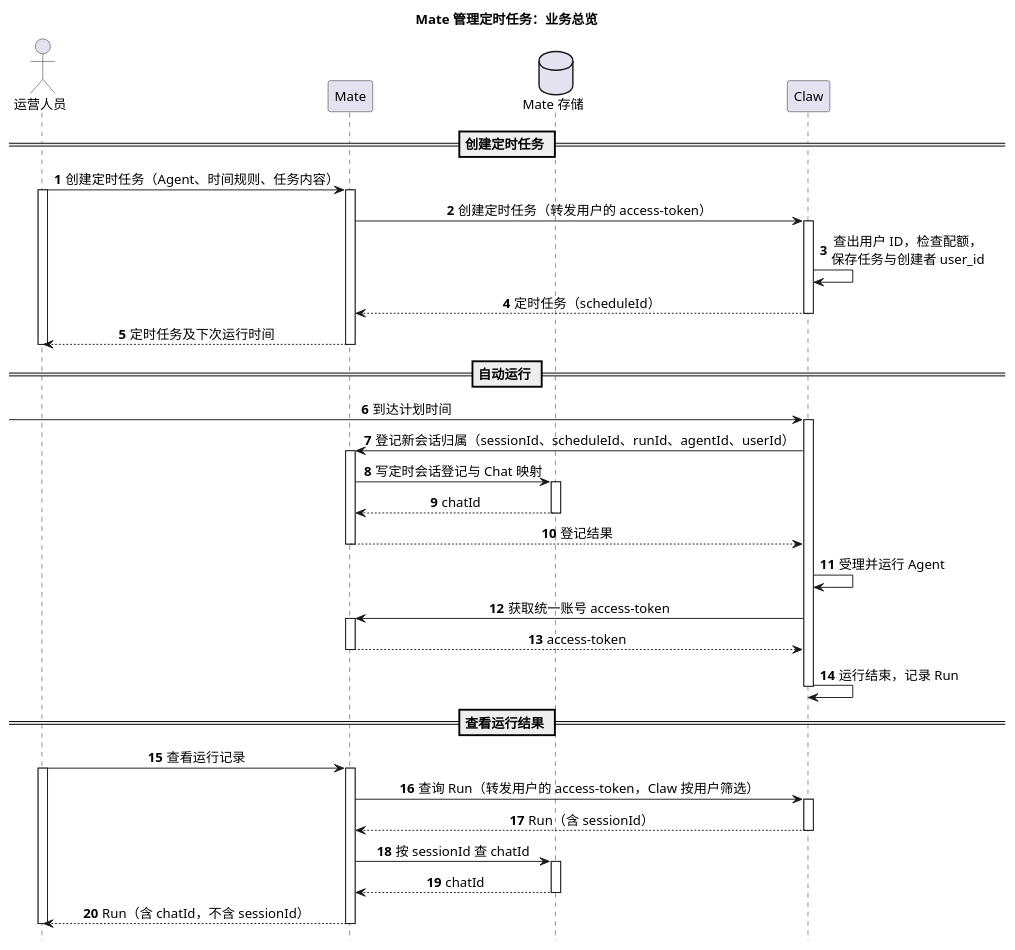
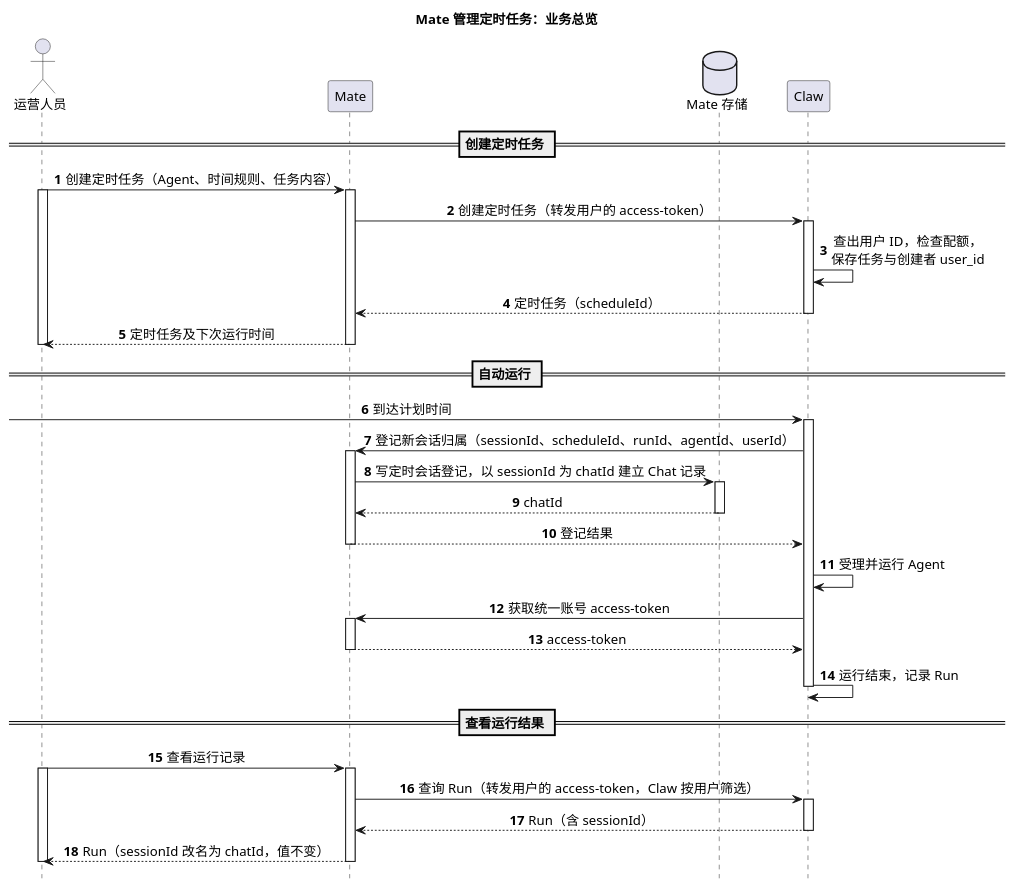
The first of 14 diagrams in 02-服务与接口/08-CampusMate定时任务/diagram.puml (ssm0808/pi-mono-java-design), drawn with PlantUML before and after one commit. The commit also changed other lines of this file and 22 other files, not shown here.

First line of the commit message:
定时任务：chatId 直接复用 sessionId，Mate 读取时不再查表

```diff
--- a/02-服务与接口/08-CampusMate定时任务/diagram.puml
+++ b/02-服务与接口/08-CampusMate定时任务/diagram.puml
@@ -1,45 +1,43 @@
 @startuml mate_schedule_overview
 ' 目标：待实现；Mate 侧业务总览，从创建定时任务、一次自动运行到查看运行结果。
 ' Claw 基线：pi-mono-java main ead67eba；Claw 侧规则以 01-总体架构/08-CampusClaw定时任务/README.md 0.71.0 为准。
 ' mate-service 源码未核验；Mate 存储为逻辑记录，物理表由 Mate 实现决定。
 ' 粒度：参与者为服务级；Mate 内部组件的协作见详细时序 mate_schedule_create 与 mate_session_registration。
 ' 表达方式：只画正常流程；任务归属只在 Claw（2026-10-21 确定 Mate 不保存 t_schedule）；失败与恢复见 README.md 第 5.2.1 节。
 title Mate 管理定时任务：业务总览
 hide footbox
 skinparam backgroundColor white
 skinparam defaultFontSize 14
 skinparam sequenceMessageAlign center
 actor "运营人员" as Operator
 participant "Mate" as Mate
 database "Mate 存储" as MateStore
 participant "Claw" as Claw
 autonumber
 == 创建定时任务 ==
 Operator -> Mate ++ : 创建定时任务（Agent、时间规则、任务内容）
 activate Operator
 Mate -> Claw ++ : 创建定时任务（转发用户的 access-token）
 Claw -> Claw : 查出用户 ID，检查配额，\n保存任务与创建者 user_id
 return 定时任务（scheduleId）
 return 定时任务及下次运行时间
 deactivate Operator
 == 自动运行 ==
 [-> Claw ++ : 到达计划时间
 Claw -> Mate ++ : 登记新会话归属（sessionId、scheduleId、runId、agentId、userId）
-Mate -> MateStore ++ : 写定时会话登记与 Chat 映射
+Mate -> MateStore ++ : 写定时会话登记，以 sessionId 为 chatId 建立 Chat 记录
 return chatId
 return 登记结果
 Claw -> Claw : 受理并运行 Agent
 Claw -> Mate ++ : 获取统一账号 access-token
 return access-token
 Claw -> Claw : 运行结束，记录 Run
 deactivate Claw
 == 查看运行结果 ==
 Operator -> Mate ++ : 查看运行记录
 activate Operator
 Mate -> Claw ++ : 查询 Run（转发用户的 access-token，Claw 按用户筛选）
 return Run（含 sessionId）
-Mate -> MateStore ++ : 按 sessionId 查 chatId
-return chatId
-return Run（含 chatId，不含 sessionId）
+return Run（sessionId 改名为 chatId，值不变）
 deactivate Operator
 @enduml
```
